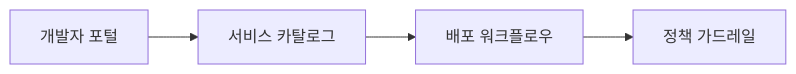
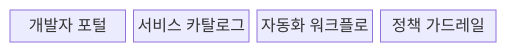
The first of 2 diagrams in src/content/docs/notes/03-software/082_platform_engineering_idp.md (agnusdei1207/knowledge-base), drawn with Mermaid before and after one commit. The commit also changed other lines of this file and 20 other files, not shown here.

````diff
--- a/src/content/docs/notes/03-software/082_platform_engineering_idp.md
+++ b/src/content/docs/notes/03-software/082_platform_engineering_idp.md
@@ -59,6 +57,8 @@
 ```mermaid
-flowchart LR
-    P["개발자 포털"] --> C["서비스 카탈로그"]
-    C --> W["배포 워크플로우"]
-    W --> G["정책 가드레일"]
+block
+  columns 4
+  P["개발자 포털"]
+  C["서비스 카탈로그"]
+  W["자동화 워크플로"]
+  G["정책 가드레일"]
 ```
````
